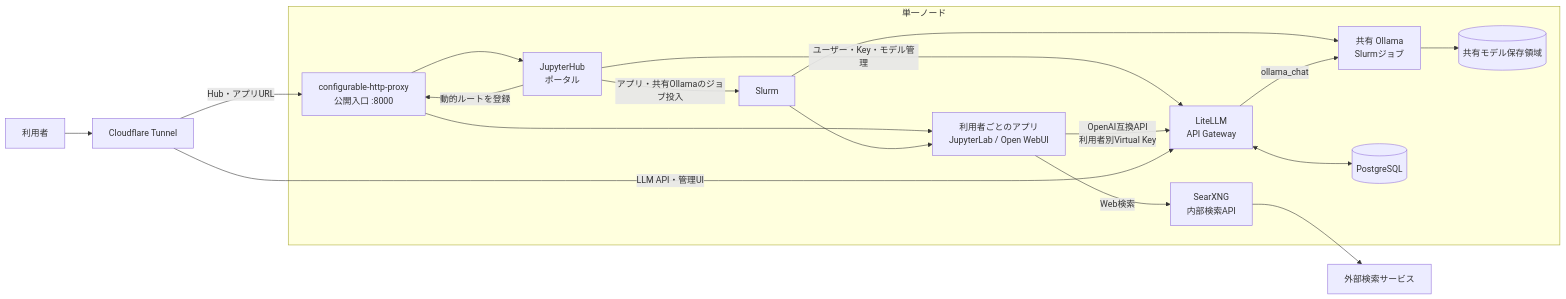
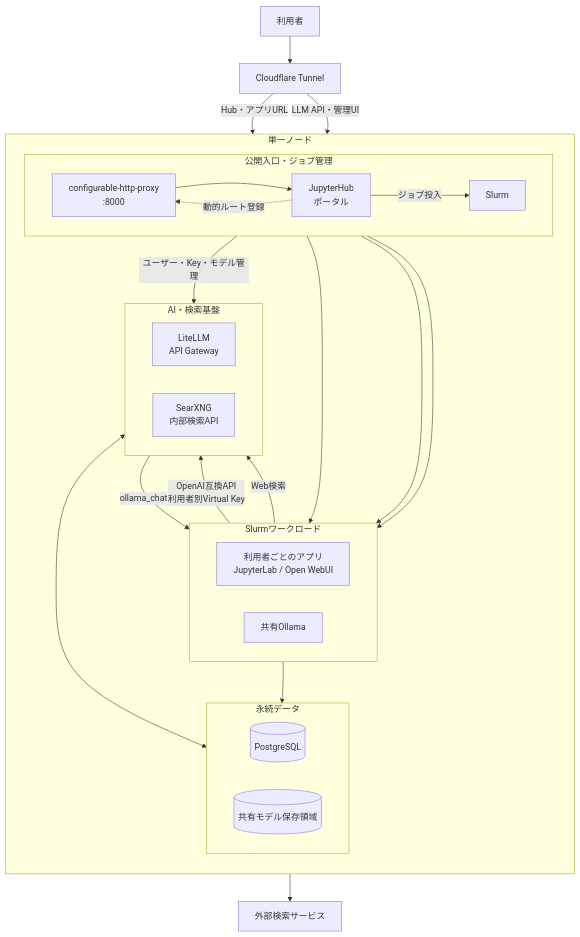
One commit to koichi2426/HPC-portal changed the first of 2 diagrams in README.md. Above: the diagram before and after it, drawn with Mermaid. The commit also changed 1 other file, not shown here.

Commit message:
[docs] システム全体構成図を階層化した

````diff
--- a/README.md
+++ b/README.md
@@ -23,35 +23,48 @@
 ```mermaid
-flowchart LR
-    User[利用者]
-    CF[Cloudflare Tunnel]
-    Search[外部検索サービス]
+flowchart TB
+    User[利用者] --> CF[Cloudflare Tunnel]
 
     subgraph Host[単一ノード]
-        Proxy[configurable-http-proxy<br/>公開入口 :8000]
-        JHub[JupyterHub<br/>ポータル]
-        Slurm[Slurm]
-        Apps[利用者ごとのアプリ<br/>JupyterLab / Open WebUI]
-        LiteLLM[LiteLLM<br/>API Gateway]
-        Ollama[共有 Ollama<br/>Slurmジョブ]
-        SearXNG[SearXNG<br/>内部検索API]
-        DB[(PostgreSQL)]
-        Models[(共有モデル保存領域)]
+        direction TB
+
+        subgraph Control[公開入口・ジョブ管理]
+            direction LR
+            Proxy[configurable-http-proxy<br/>:8000]
+            JHub[JupyterHub<br/>ポータル]
+            Slurm[Slurm]
+        end
+
+        subgraph Workloads[Slurmワークロード]
+            direction LR
+            Apps[利用者ごとのアプリ<br/>JupyterLab / Open WebUI]
+            Ollama[共有Ollama]
+        end
+
+        subgraph Internal[AI・検索基盤]
+            direction LR
+            LiteLLM[LiteLLM<br/>API Gateway]
+            SearXNG[SearXNG<br/>内部検索API]
+        end
+
+        subgraph Data[永続データ]
+            direction LR
+            DB[(PostgreSQL)]
+            Models[(共有モデル保存領域)]
+        end
     end
 
-    User --> CF
     CF -->|Hub・アプリURL| Proxy
+    CF -->|LLM API・管理UI| LiteLLM
     Proxy --> JHub
     Proxy --> Apps
-    JHub -->|動的ルートを登録| Proxy
-    JHub -->|アプリ・共有Ollamaのジョブ投入| Slurm
-    Slurm --> Apps
-    Slurm --> Ollama
+    JHub -.->|動的ルート登録| Proxy
+    JHub -->|ジョブ投入| Slurm
+    Slurm --> Apps & Ollama
     JHub -->|ユーザー・Key・モデル管理| LiteLLM
     Apps -->|OpenAI互換API<br/>利用者別Virtual Key| LiteLLM
     Apps -->|Web検索| SearXNG
-    SearXNG --> Search
-    CF -->|LLM API・管理UI| LiteLLM
     LiteLLM <--> DB
     LiteLLM -->|ollama_chat| Ollama
     Ollama --> Models
+    SearXNG --> Search[外部検索サービス]
 ```
````
